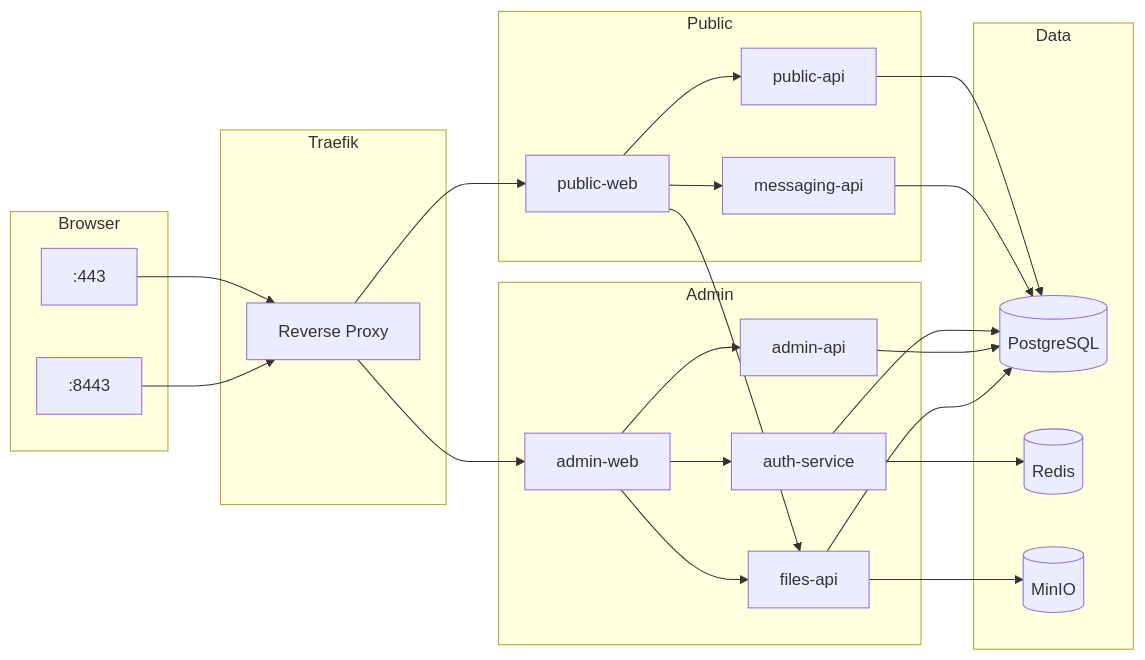
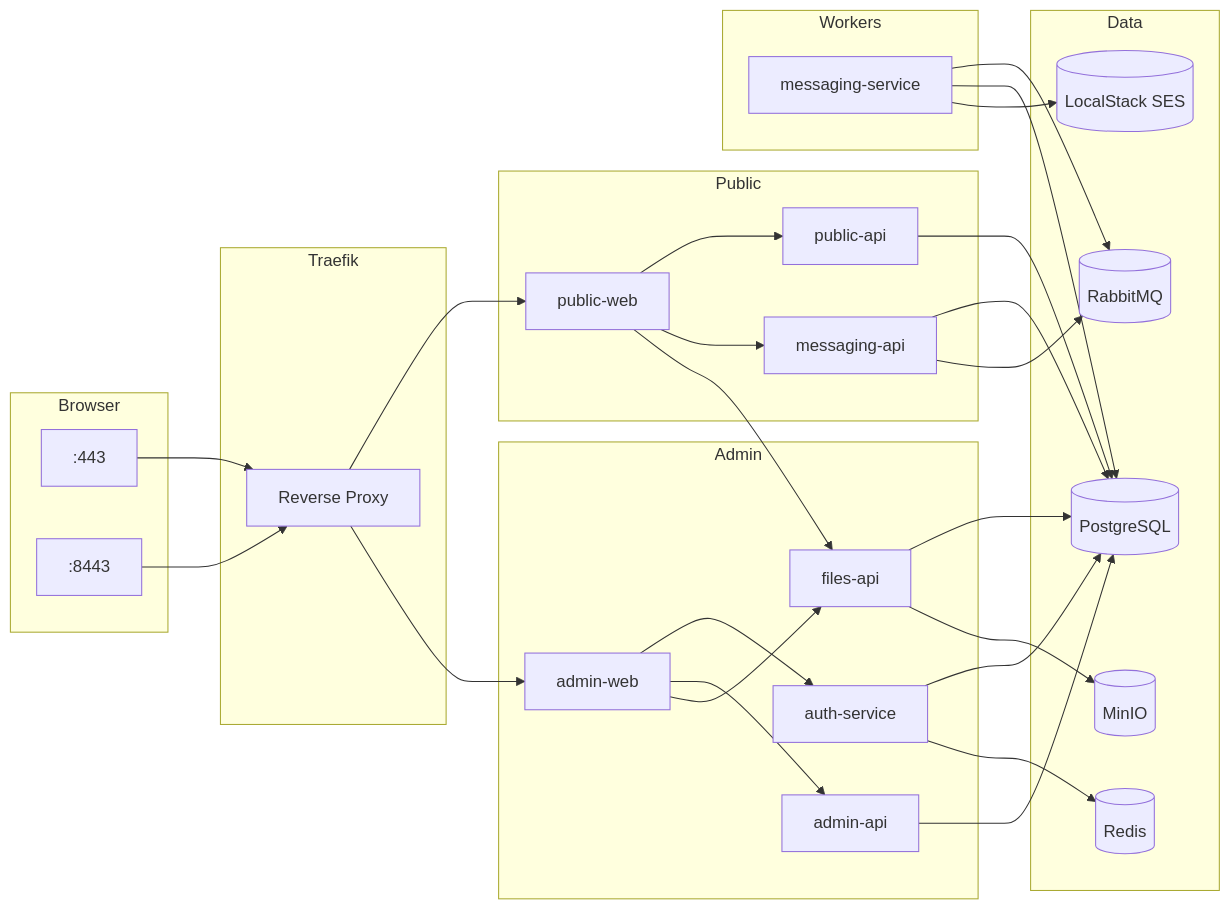
The first of 2 diagrams in docs/ARCHITECTURE.md (GunarsK-portfolio/infrastructure), drawn with Mermaid before and after one commit. The commit also changed other lines of this file and 19 other files, not shown here.

````diff
--- a/docs/ARCHITECTURE.md
+++ b/docs/ARCHITECTURE.md
@@ -27,51 +27,61 @@
 ```mermaid
 flowchart LR
     subgraph Browser
         PUB[":443"]
         ADM[":8443"]
     end
 
     subgraph Traefik
         T[Reverse Proxy]
     end
 
     subgraph Public
         PW[public-web]
         PA[public-api]
         MA[messaging-api]
     end
 
     subgraph Admin
         AW[admin-web]
         AUTH[auth-service]
         AA[admin-api]
         FA[files-api]
     end
 
+    subgraph Workers
+        MS[messaging-service]
+    end
+
     subgraph Data
         PG[(PostgreSQL)]
         REDIS[(Redis)]
+        RMQ[(RabbitMQ)]
         MINIO[(MinIO)]
+        LS[(LocalStack SES)]
     end
 
     PUB --> T
     ADM --> T
 
     T --> PW
     T --> AW
 
     PW --> PA
     PW --> MA
     PW --> FA
     AW --> AUTH
     AW --> AA
     AW --> FA
 
     PA --> PG
     MA --> PG
+    MA --> RMQ
+    MS --> RMQ
+    MS --> PG
+    MS --> LS
     AUTH --> PG
     AUTH --> REDIS
     AA --> PG
     FA --> PG
     FA --> MINIO
 ```
````
